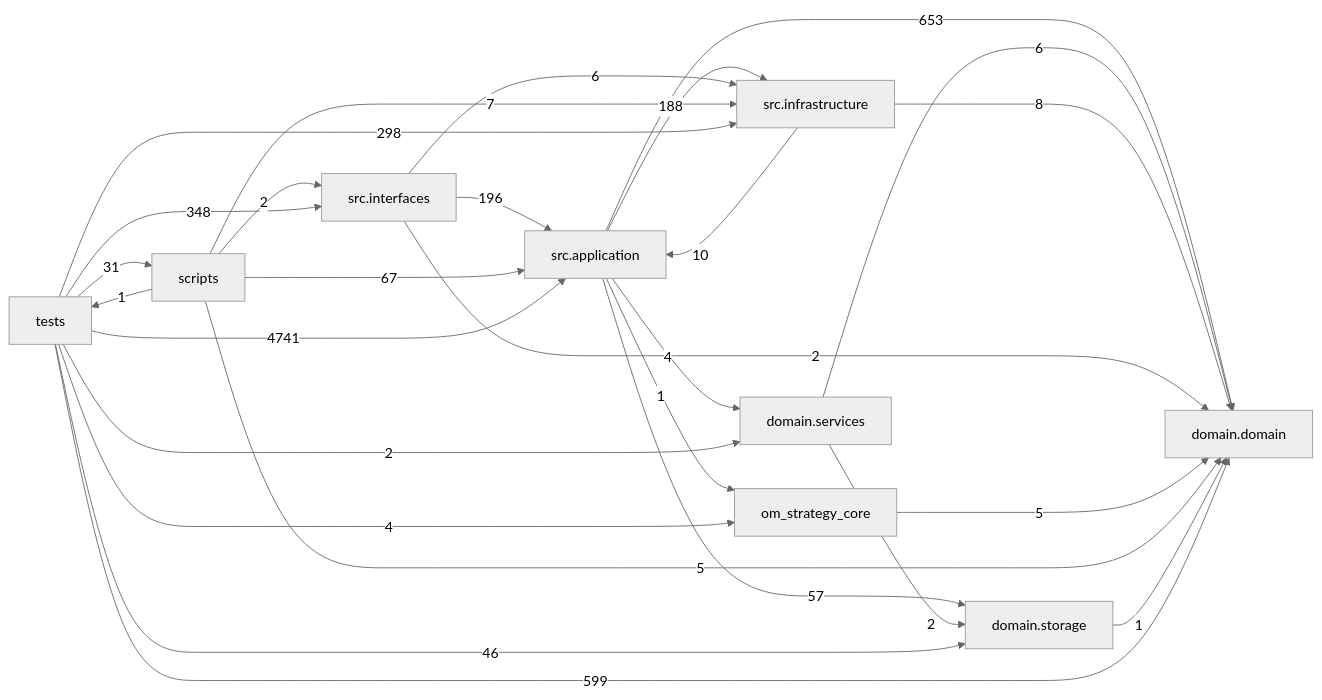
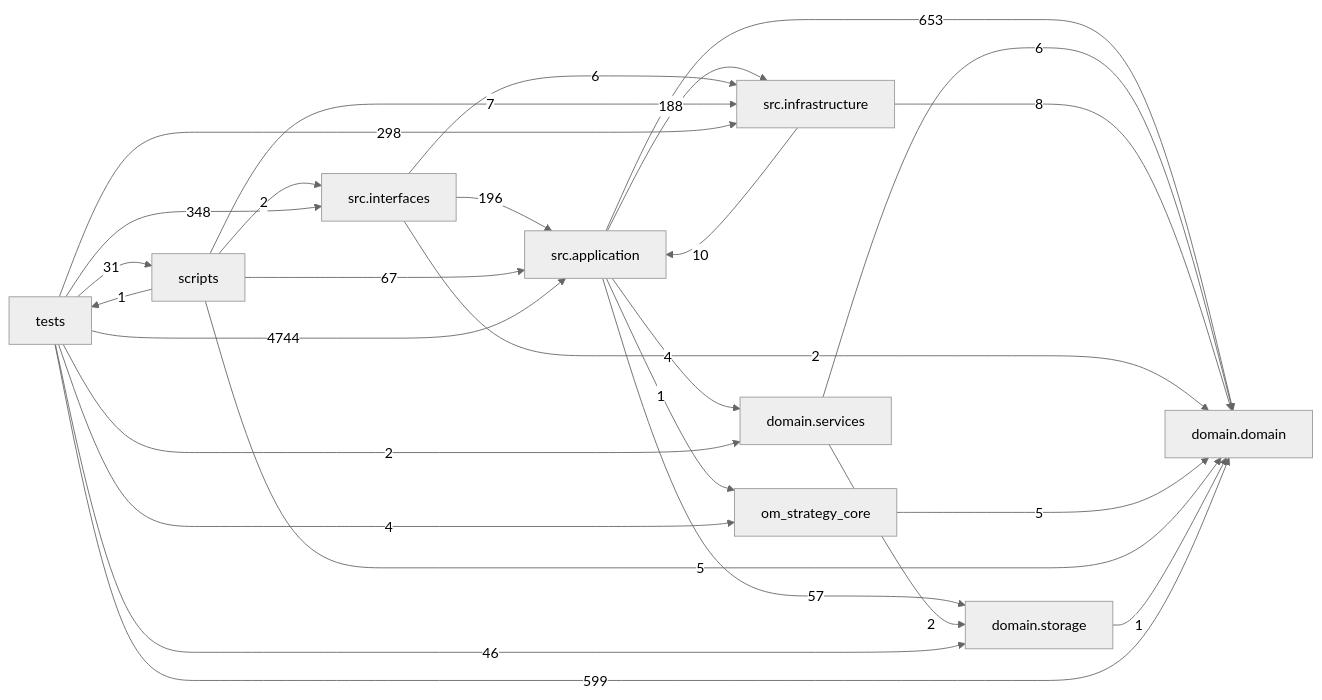
Before and after one commit to liuxie066/options-monitor: the diagram in docs/DEPENDENCY_GRAPH.md, drawn with Mermaid (neutral theme). The commit also changed other lines of this file and 3 other files, not shown here.

````diff
--- a/docs/DEPENDENCY_GRAPH.md
+++ b/docs/DEPENDENCY_GRAPH.md
@@ -24,38 +24,38 @@
 ```mermaid
 flowchart LR
   tests["tests"]
   scripts["scripts"]
   interfaces["src.interfaces"]
   application["src.application"]
   infrastructure["src.infrastructure"]
   domain_services["domain.services"]
   domain["domain.domain"]
   storage["domain.storage"]
   application -->|653| domain
   application -->|4| domain_services
   application -->|188| infrastructure
   application -->|1| om_strategy_core
   application -->|57| storage
   domain_services -->|6| domain
   domain_services -->|2| storage
   infrastructure -->|10| application
   infrastructure -->|8| domain
   interfaces -->|196| application
   interfaces -->|2| domain
   interfaces -->|6| infrastructure
   om_strategy_core -->|5| domain
   scripts -->|67| application
   scripts -->|5| domain
   scripts -->|7| infrastructure
   scripts -->|2| interfaces
   scripts -->|1| tests
   storage -->|1| domain
-  tests -->|4741| application
+  tests -->|4744| application
   tests -->|599| domain
   tests -->|2| domain_services
   tests -->|298| infrastructure
   tests -->|348| interfaces
   tests -->|4| om_strategy_core
   tests -->|31| scripts
   tests -->|46| storage
 ```
````
